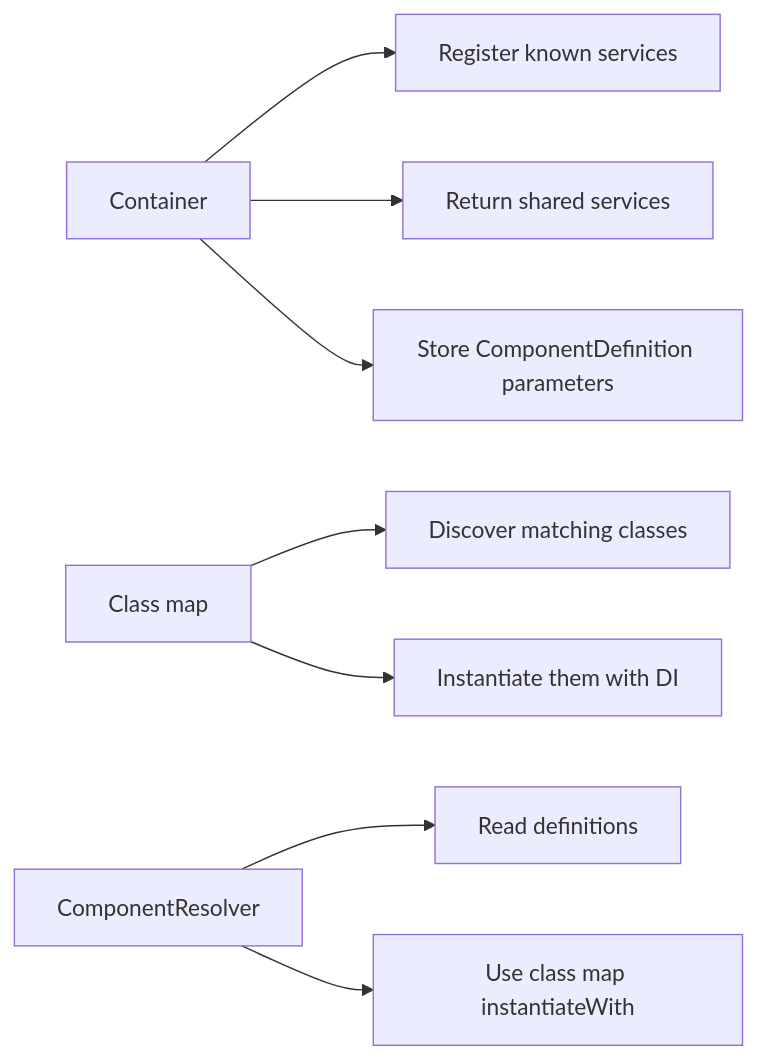
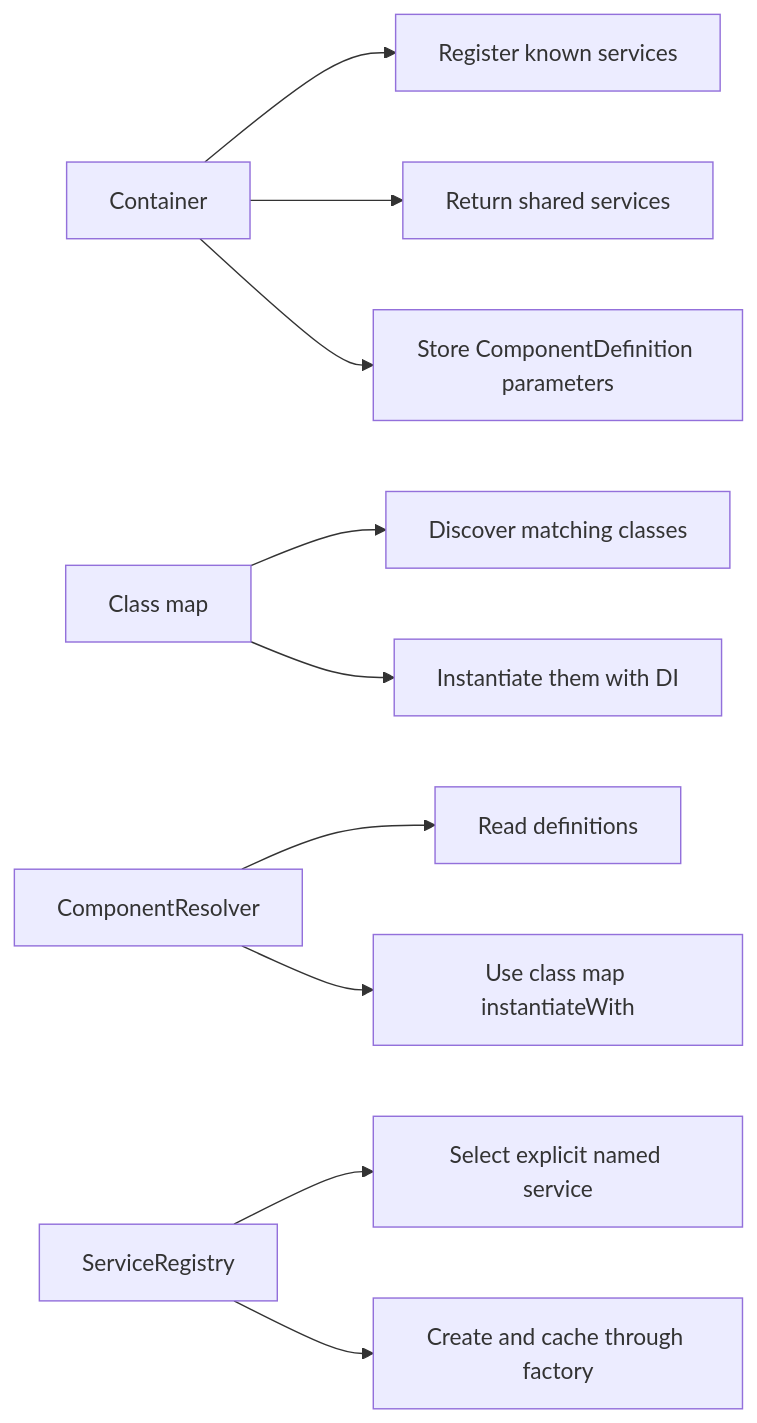
Before and after one commit to ddbase3/Base3Framework: the fourth of 5 diagrams in docs/dependency-injection.md, drawn with Mermaid. The commit also changed other lines of this file and 32 other files, not shown here.

````diff
--- a/docs/dependency-injection.md
+++ b/docs/dependency-injection.md
@@ -520,12 +529,15 @@
 ```mermaid
 flowchart LR
 	A["Container"] --> A1["Register known services"]
 	A --> A2["Return shared services"]
 	A --> A3["Store ComponentDefinition parameters"]
 
 	B["Class map"] --> B1["Discover matching classes"]
 	B --> B2["Instantiate them with DI"]
 
 	C["ComponentResolver"] --> C1["Read definitions"]
 	C --> C2["Use class map instantiateWith"]
+
+	D["ServiceRegistry"] --> D1["Select explicit named service"]
+	D --> D2["Create and cache through factory"]
 ```
````
